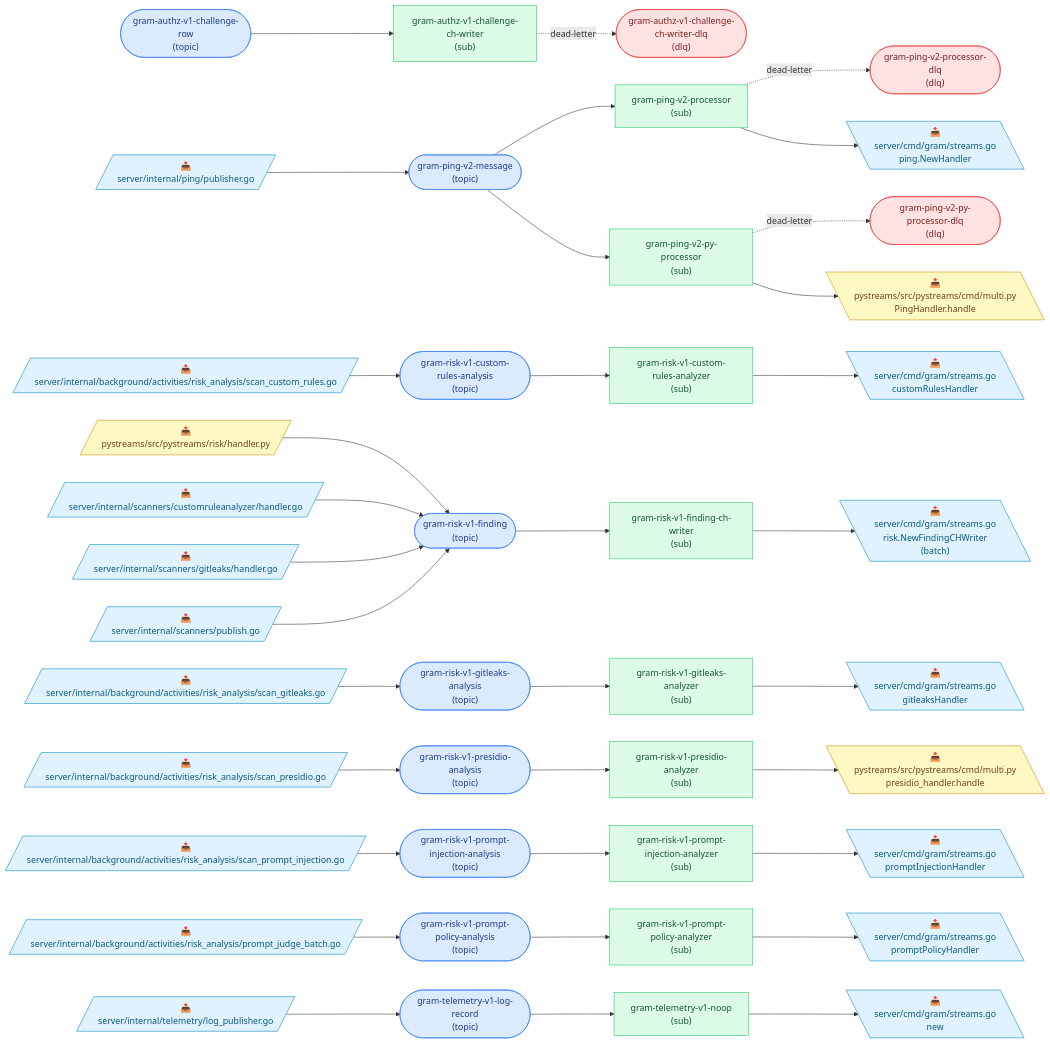
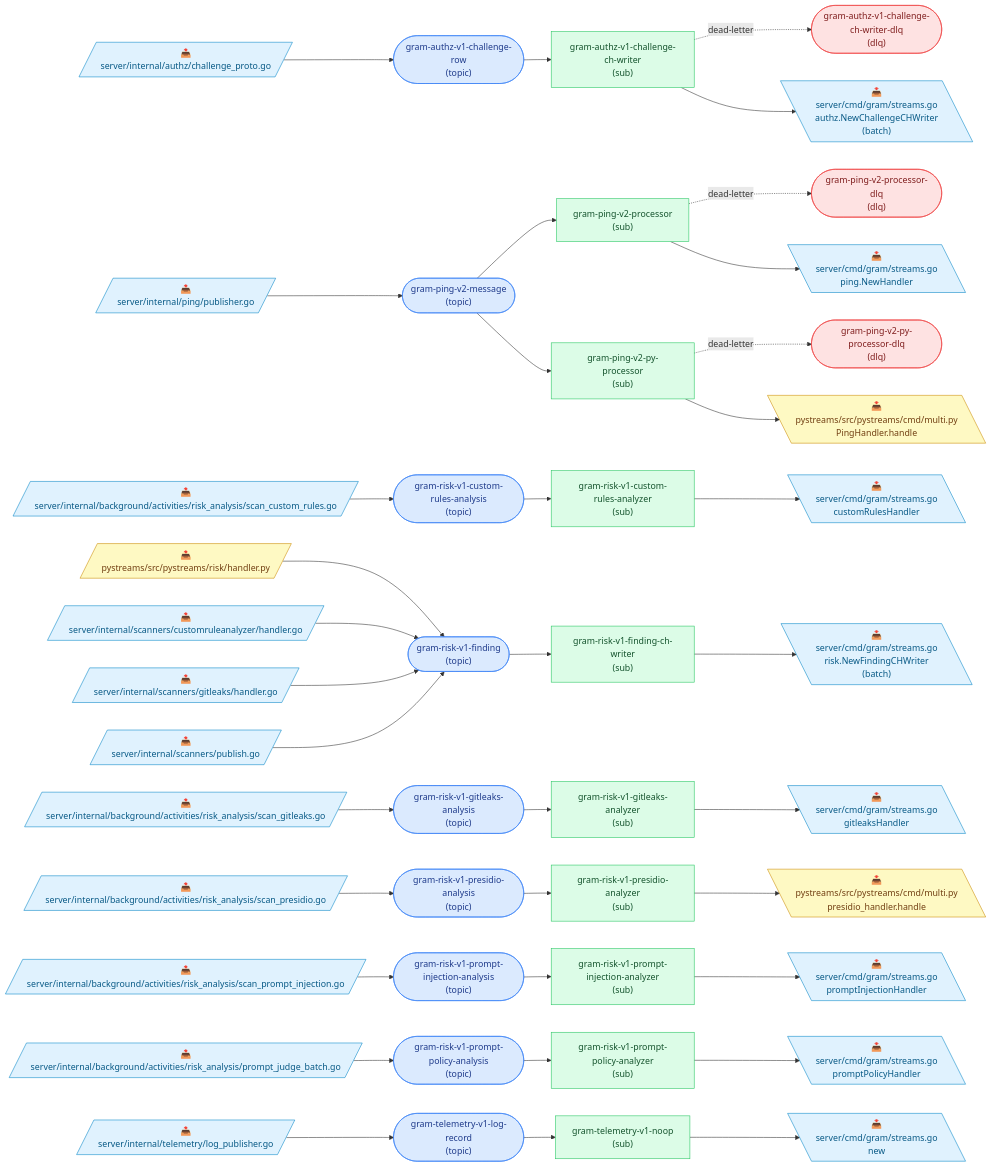
One commit to speakeasy-api/gram changed the diagram in docs/pubsub-topology.md. Above: the diagram before and after it, drawn with Mermaid. The commit also changed other lines of this file and 6 other files, not shown here.

````diff
--- a/docs/pubsub-topology.md
+++ b/docs/pubsub-topology.md
@@ -38,28 +38,30 @@
   s_gram_risk_v1_prompt_policy_analyzer["gram-risk-v1-prompt-policy-analyzer<br/>(sub)"]:::sub
   s_gram_telemetry_v1_noop["gram-telemetry-v1-noop<br/>(sub)"]:::sub
 
-  p0[/"📤<br/>server/internal/ping/publisher.go"/]:::go
-  p0 --> t_gram_ping_v2_message
-  p1[/"📤<br/>server/internal/background/activities/risk_analysis/scan_custom_rules.go"/]:::go
-  p1 --> t_gram_risk_v1_custom_rules_analysis
-  p2[/"📤<br/>pystreams/src/pystreams/risk/handler.py"/]:::python
-  p2 --> t_gram_risk_v1_finding
-  p3[/"📤<br/>server/internal/scanners/customruleanalyzer/handler.go"/]:::go
+  p0[/"📤<br/>server/internal/authz/challenge_proto.go"/]:::go
+  p0 --> t_gram_authz_v1_challenge_row
+  p1[/"📤<br/>server/internal/ping/publisher.go"/]:::go
+  p1 --> t_gram_ping_v2_message
+  p2[/"📤<br/>server/internal/background/activities/risk_analysis/scan_custom_rules.go"/]:::go
+  p2 --> t_gram_risk_v1_custom_rules_analysis
+  p3[/"📤<br/>pystreams/src/pystreams/risk/handler.py"/]:::python
   p3 --> t_gram_risk_v1_finding
-  p4[/"📤<br/>server/internal/scanners/gitleaks/handler.go"/]:::go
+  p4[/"📤<br/>server/internal/scanners/customruleanalyzer/handler.go"/]:::go
   p4 --> t_gram_risk_v1_finding
-  p5[/"📤<br/>server/internal/scanners/publish.go"/]:::go
+  p5[/"📤<br/>server/internal/scanners/gitleaks/handler.go"/]:::go
   p5 --> t_gram_risk_v1_finding
-  p6[/"📤<br/>server/internal/background/activities/risk_analysis/scan_gitleaks.go"/]:::go
-  p6 --> t_gram_risk_v1_gitleaks_analysis
-  p7[/"📤<br/>server/internal/background/activities/risk_analysis/scan_presidio.go"/]:::go
-  p7 --> t_gram_risk_v1_presidio_analysis
-  p8[/"📤<br/>server/internal/background/activities/risk_analysis/scan_prompt_injection.go"/]:::go
-  p8 --> t_gram_risk_v1_prompt_injection_analysis
-  p9[/"📤<br/>server/internal/background/activities/risk_analysis/prompt_judge_batch.go"/]:::go
-  p9 --> t_gram_risk_v1_prompt_policy_analysis
-  p10[/"📤<br/>server/internal/telemetry/log_publisher.go"/]:::go
-  p10 --> t_gram_telemetry_v1_log_record
+  p6[/"📤<br/>server/internal/scanners/publish.go"/]:::go
+  p6 --> t_gram_risk_v1_finding
+  p7[/"📤<br/>server/internal/background/activities/risk_analysis/scan_gitleaks.go"/]:::go
+  p7 --> t_gram_risk_v1_gitleaks_analysis
+  p8[/"📤<br/>server/internal/background/activities/risk_analysis/scan_presidio.go"/]:::go
+  p8 --> t_gram_risk_v1_presidio_analysis
+  p9[/"📤<br/>server/internal/background/activities/risk_analysis/scan_prompt_injection.go"/]:::go
+  p9 --> t_gram_risk_v1_prompt_injection_analysis
+  p10[/"📤<br/>server/internal/background/activities/risk_analysis/prompt_judge_batch.go"/]:::go
+  p10 --> t_gram_risk_v1_prompt_policy_analysis
+  p11[/"📤<br/>server/internal/telemetry/log_publisher.go"/]:::go
+  p11 --> t_gram_telemetry_v1_log_record
   t_gram_authz_v1_challenge_row --> s_gram_authz_v1_challenge_ch_writer
   s_gram_authz_v1_challenge_ch_writer -. dead-letter .-> t_gram_authz_v1_challenge_ch_writer_dlq
   t_gram_ping_v2_message --> s_gram_ping_v2_processor
@@ -73,22 +75,24 @@
   t_gram_risk_v1_prompt_injection_analysis --> s_gram_risk_v1_prompt_injection_analyzer
   t_gram_risk_v1_prompt_policy_analysis --> s_gram_risk_v1_prompt_policy_analyzer
   t_gram_telemetry_v1_log_record --> s_gram_telemetry_v1_noop
-  c11[\"📥<br/>server/cmd/gram/streams.go<br/>ping.NewHandler"\]:::go
-  s_gram_ping_v2_processor --> c11
-  c12[\"📥<br/>pystreams/src/pystreams/cmd/multi.py<br/>PingHandler.handle"\]:::python
-  s_gram_ping_v2_py_processor --> c12
-  c13[\"📥<br/>server/cmd/gram/streams.go<br/>customRulesHandler"\]:::go
-  s_gram_risk_v1_custom_rules_analyzer --> c13
-  c14[\"📥<br/>server/cmd/gram/streams.go<br/>risk.NewFindingCHWriter<br/>(batch)"\]:::go
-  s_gram_risk_v1_finding_ch_writer --> c14
-  c15[\"📥<br/>server/cmd/gram/streams.go<br/>gitleaksHandler"\]:::go
-  s_gram_risk_v1_gitleaks_analyzer --> c15
-  c16[\"📥<br/>pystreams/src/pystreams/cmd/multi.py<br/>presidio_handler.handle"\]:::python
-  s_gram_risk_v1_presidio_analyzer --> c16
-  c17[\"📥<br/>server/cmd/gram/streams.go<br/>promptInjectionHandler"\]:::go
-  s_gram_risk_v1_prompt_injection_analyzer --> c17
-  c18[\"📥<br/>server/cmd/gram/streams.go<br/>promptPolicyHandler"\]:::go
-  s_gram_risk_v1_prompt_policy_analyzer --> c18
-  c19[\"📥<br/>server/cmd/gram/streams.go<br/>new"\]:::go
-  s_gram_telemetry_v1_noop --> c19
+  c12[\"📥<br/>server/cmd/gram/streams.go<br/>authz.NewChallengeCHWriter<br/>(batch)"\]:::go
+  s_gram_authz_v1_challenge_ch_writer --> c12
+  c13[\"📥<br/>server/cmd/gram/streams.go<br/>ping.NewHandler"\]:::go
+  s_gram_ping_v2_processor --> c13
+  c14[\"📥<br/>pystreams/src/pystreams/cmd/multi.py<br/>PingHandler.handle"\]:::python
+  s_gram_ping_v2_py_processor --> c14
+  c15[\"📥<br/>server/cmd/gram/streams.go<br/>customRulesHandler"\]:::go
+  s_gram_risk_v1_custom_rules_analyzer --> c15
+  c16[\"📥<br/>server/cmd/gram/streams.go<br/>risk.NewFindingCHWriter<br/>(batch)"\]:::go
+  s_gram_risk_v1_finding_ch_writer --> c16
+  c17[\"📥<br/>server/cmd/gram/streams.go<br/>gitleaksHandler"\]:::go
+  s_gram_risk_v1_gitleaks_analyzer --> c17
+  c18[\"📥<br/>pystreams/src/pystreams/cmd/multi.py<br/>presidio_handler.handle"\]:::python
+  s_gram_risk_v1_presidio_analyzer --> c18
+  c19[\"📥<br/>server/cmd/gram/streams.go<br/>promptInjectionHandler"\]:::go
+  s_gram_risk_v1_prompt_injection_analyzer --> c19
+  c20[\"📥<br/>server/cmd/gram/streams.go<br/>promptPolicyHandler"\]:::go
+  s_gram_risk_v1_prompt_policy_analyzer --> c20
+  c21[\"📥<br/>server/cmd/gram/streams.go<br/>new"\]:::go
+  s_gram_telemetry_v1_noop --> c21
 ```
````
